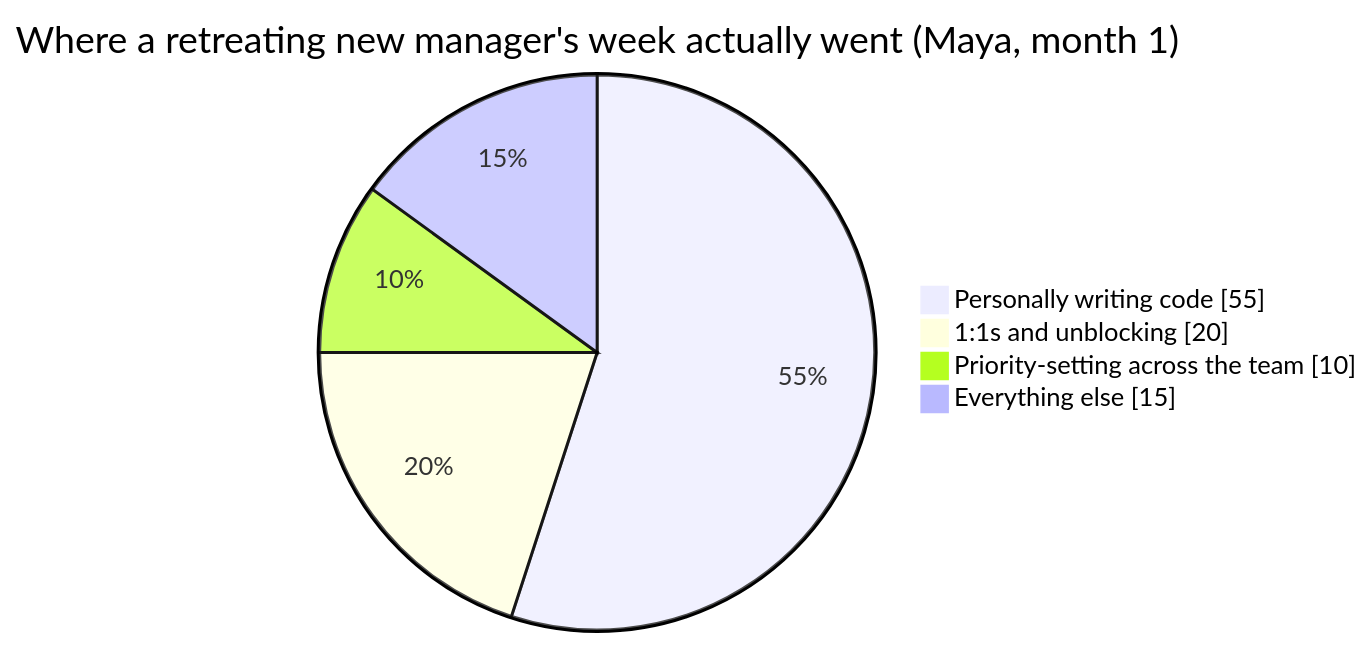
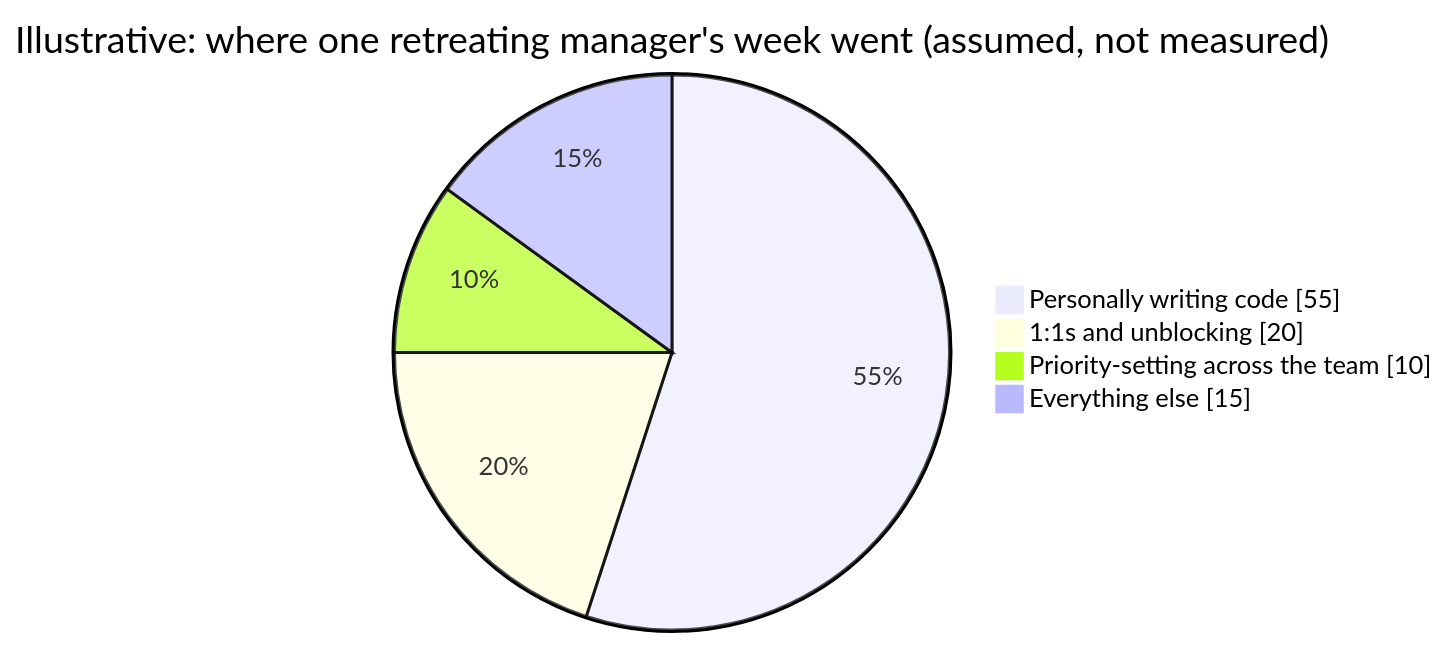
The second of 3 diagrams in src/content/people-management/ic-excellence-management/L2-concept.mdx (francoandreDev/knowledge), drawn with Mermaid before and after one commit. The commit also changed other lines of this file and 16 other files, not shown here.

````diff
--- a/src/content/people-management/ic-excellence-management/L2-concept.mdx
+++ b/src/content/people-management/ic-excellence-management/L2-concept.mdx
@@ -53,8 +79,8 @@
 ```mermaid
 pie showData
-    title Where a retreating new manager's week actually went (Maya, month 1)
+    title Illustrative: where one retreating manager's week went (assumed, not measured)
     "Personally writing code" : 55
     "1:1s and unblocking" : 20
     "Priority-setting across the team" : 10
     "Everything else" : 15
 ```
````
